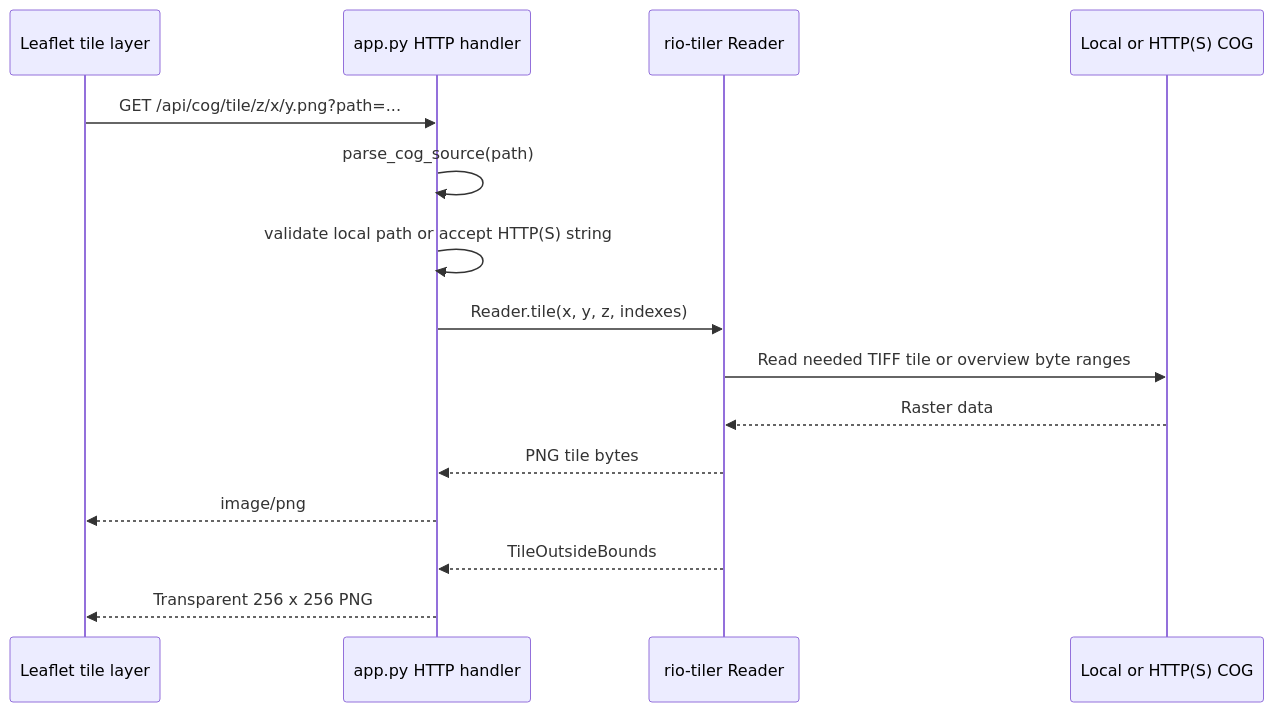
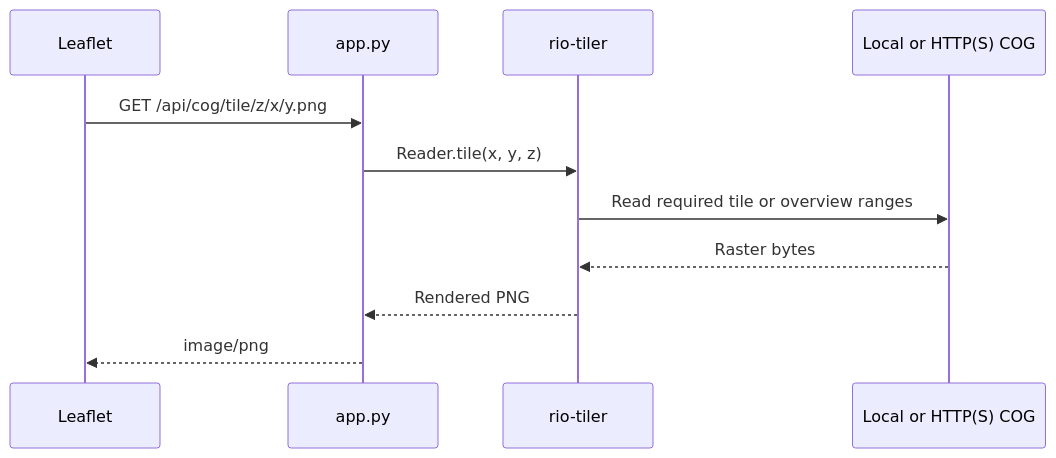
The third of 3 diagrams in flow_chart.md (kulpojke/quick-qaqc-app), drawn with Mermaid before and after one commit. The commit also changed other lines of this file and 11 other files, not shown here.

````diff
--- a/flow_chart.md
+++ b/flow_chart.md
@@ -164,19 +71,14 @@
 ```mermaid
 sequenceDiagram
-    participant Browser as Leaflet tile layer
-    participant Server as app.py HTTP handler
-    participant RioTiler as rio-tiler Reader
+    participant Browser as Leaflet
+    participant App as app.py
+    participant RioTiler as rio-tiler
     participant COG as Local or HTTP(S) COG
 
-    Browser->>Server: GET /api/cog/tile/z/x/y.png?path=...
-    Server->>Server: parse_cog_source(path)
-    Server->>Server: validate local path or accept HTTP(S) string
-    Server->>RioTiler: Reader.tile(x, y, z, indexes)
-    RioTiler->>COG: Read needed TIFF tile or overview byte ranges
-    COG-->>RioTiler: Raster data
-    RioTiler-->>Server: PNG tile bytes
-    Server-->>Browser: image/png
-
-    RioTiler-->>Server: TileOutsideBounds
-    Server-->>Browser: Transparent 256 x 256 PNG
+    Browser->>App: GET /api/cog/tile/z/x/y.png
+    App->>RioTiler: Reader.tile(x, y, z)
+    RioTiler->>COG: Read required tile or overview ranges
+    COG-->>RioTiler: Raster bytes
+    RioTiler-->>App: Rendered PNG
+    App-->>Browser: image/png
 ```
````
